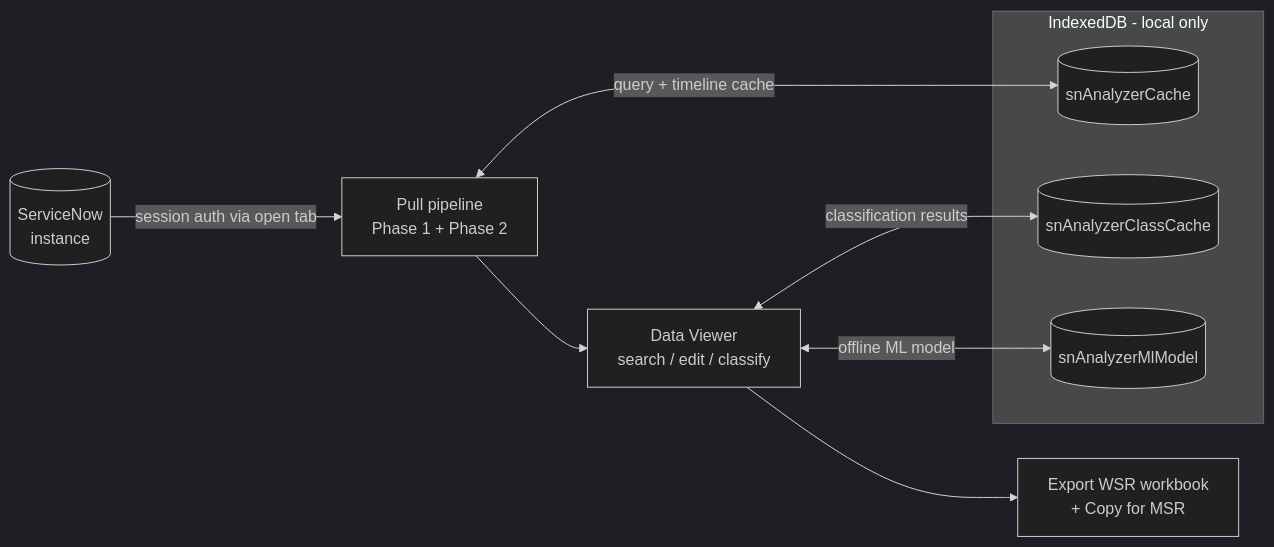
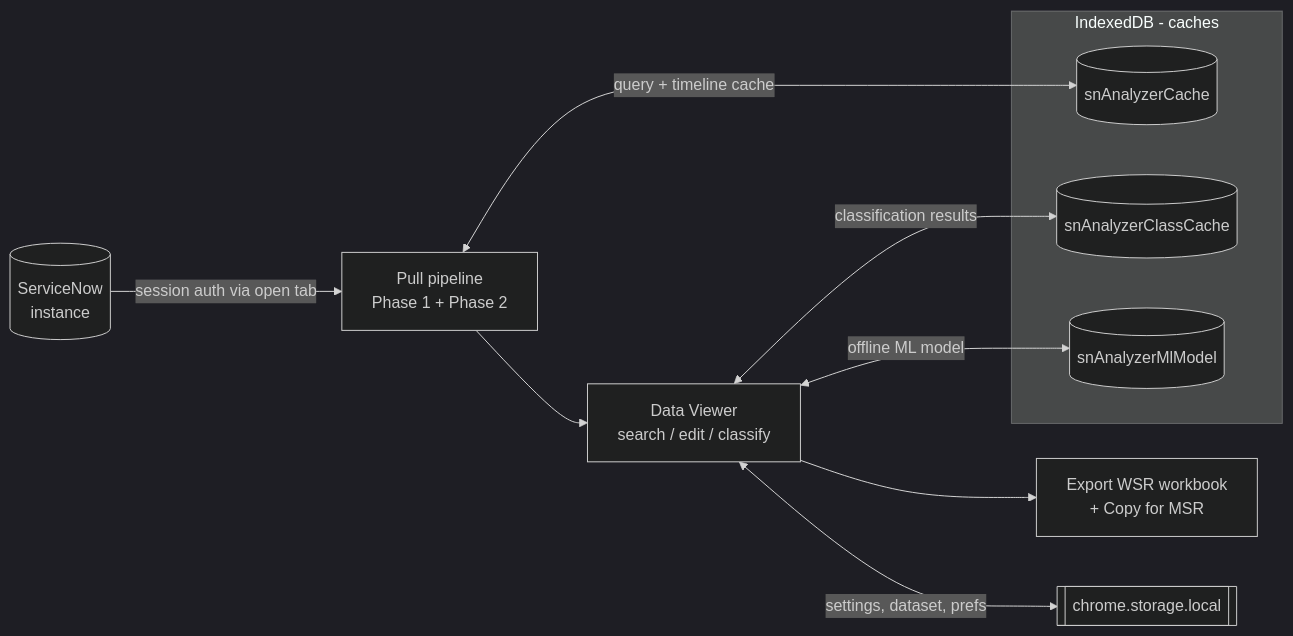
The diagram in wiki/Home.md (Abbas-Nagoor-Kani-BA/Autonomous-Reports-Engine), drawn with Mermaid (dark theme) before and after one commit. The commit also changed other lines of this file and 1 other file, not shown here.

First line of the commit message:
docs(wiki): document chrome.storage.local contents and storage tiers

````diff
--- a/wiki/Home.md
+++ b/wiki/Home.md
@@ -17,16 +17,17 @@
 ```mermaid
 flowchart LR
     SN[(ServiceNow<br/>instance)] -->|session auth via open tab| PULL[Pull pipeline<br/>Phase 1 + Phase 2]
     PULL --> VIEW[Data Viewer<br/>search / edit / classify]
     VIEW --> EXPORT[Export WSR workbook<br/>+ Copy for MSR]
 
     PULL <-->|query + timeline cache| DB1[(snAnalyzerCache)]
     VIEW <-->|classification results| DB2[(snAnalyzerClassCache)]
     VIEW <-->|offline ML model| DB3[(snAnalyzerMlModel)]
+    VIEW <-->|settings, dataset, prefs| LOC[[chrome.storage.local]]
 
-    subgraph IDB[IndexedDB - local only]
+    subgraph IDB[IndexedDB - caches]
         DB1
         DB2
         DB3
     end
 ```
````
